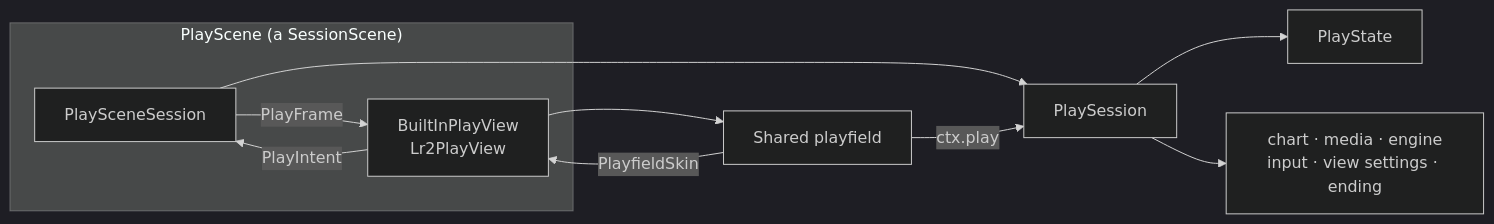
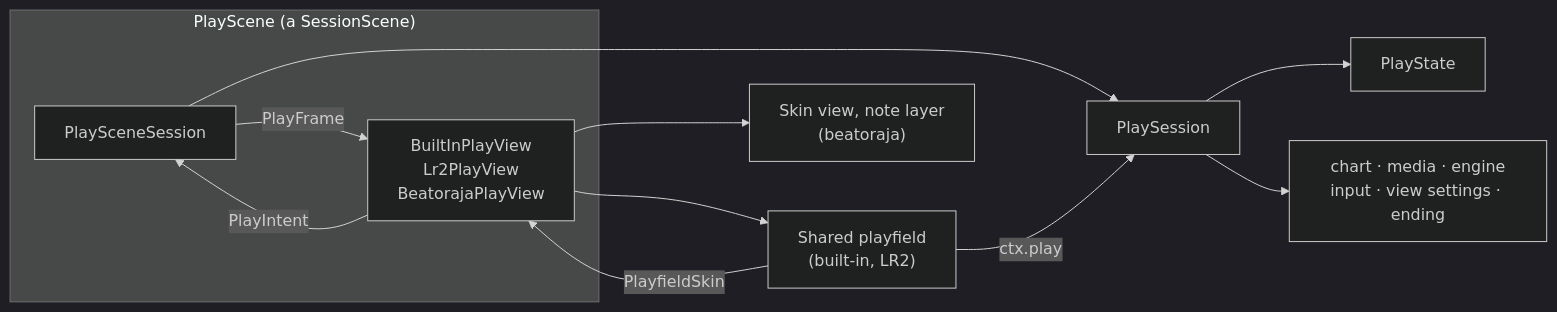
One commit to nulltask/be-music changed the tenth of 11 diagrams in docs/player-web.md. Above: the diagram before and after it, drawn with Mermaid (dark theme). The commit also changed other lines of this file and 10 other files, not shown here.

First line of the commit message:
docs: describe the beatoraja play view on createPlayScene, and add PL8 to the P4 migration [ci skip]

````diff
--- a/docs/player-web.md
+++ b/docs/player-web.md
@@ -510,13 +508,14 @@
 ```mermaid
 flowchart LR
   subgraph scene["PlayScene (a SessionScene)"]
-    adapter[PlaySceneSession] -->|PlayFrame| view["BuiltInPlayView<br/>Lr2PlayView"]
+    adapter[PlaySceneSession] -->|PlayFrame| view["BuiltInPlayView<br/>Lr2PlayView<br/>BeatorajaPlayView"]
     view -->|PlayIntent| adapter
   end
   adapter --> session[PlaySession]
   session --> state[PlayState]
   session --> parts["chart · media · engine<br/>input · view settings · ending"]
-  view --> playfield[Shared playfield]
+  view --> playfield["Shared playfield<br/>(built-in, LR2)"]
+  view --> skinview["Skin view, note layer<br/>(beatoraja)"]
   playfield -->|PlayfieldSkin| view
   playfield -->|ctx.play| session
 ```
````
